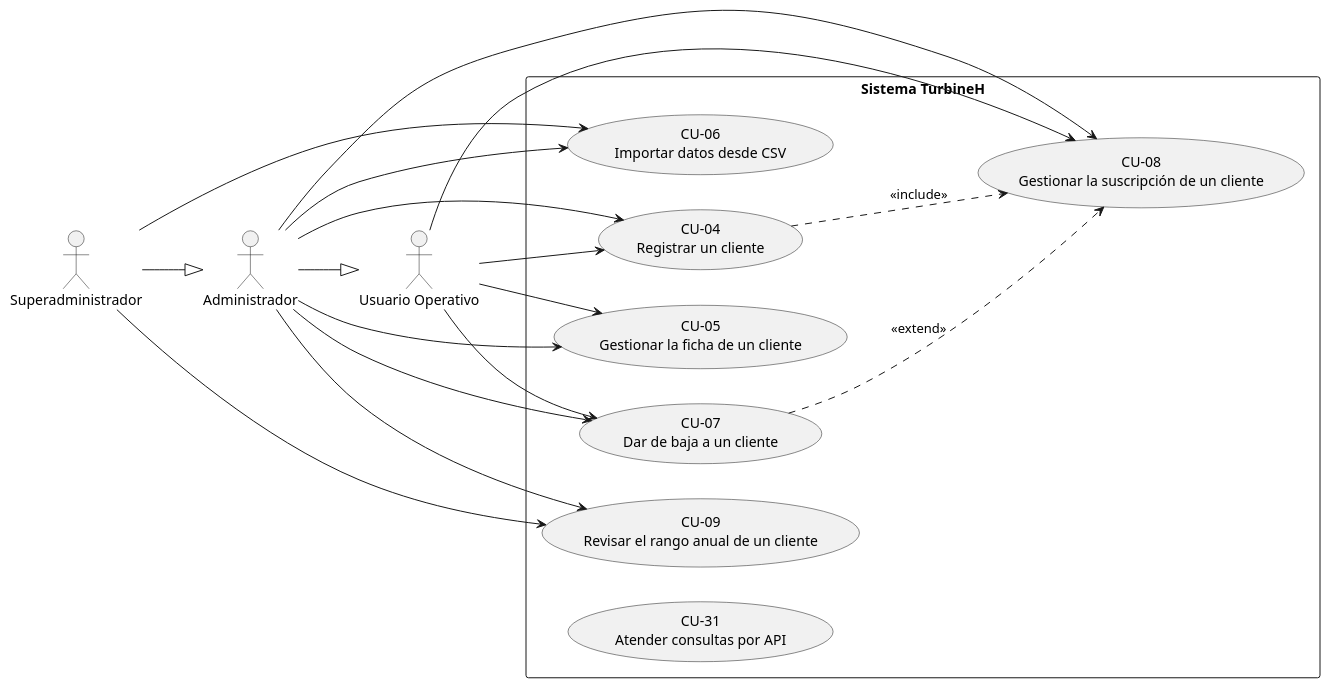
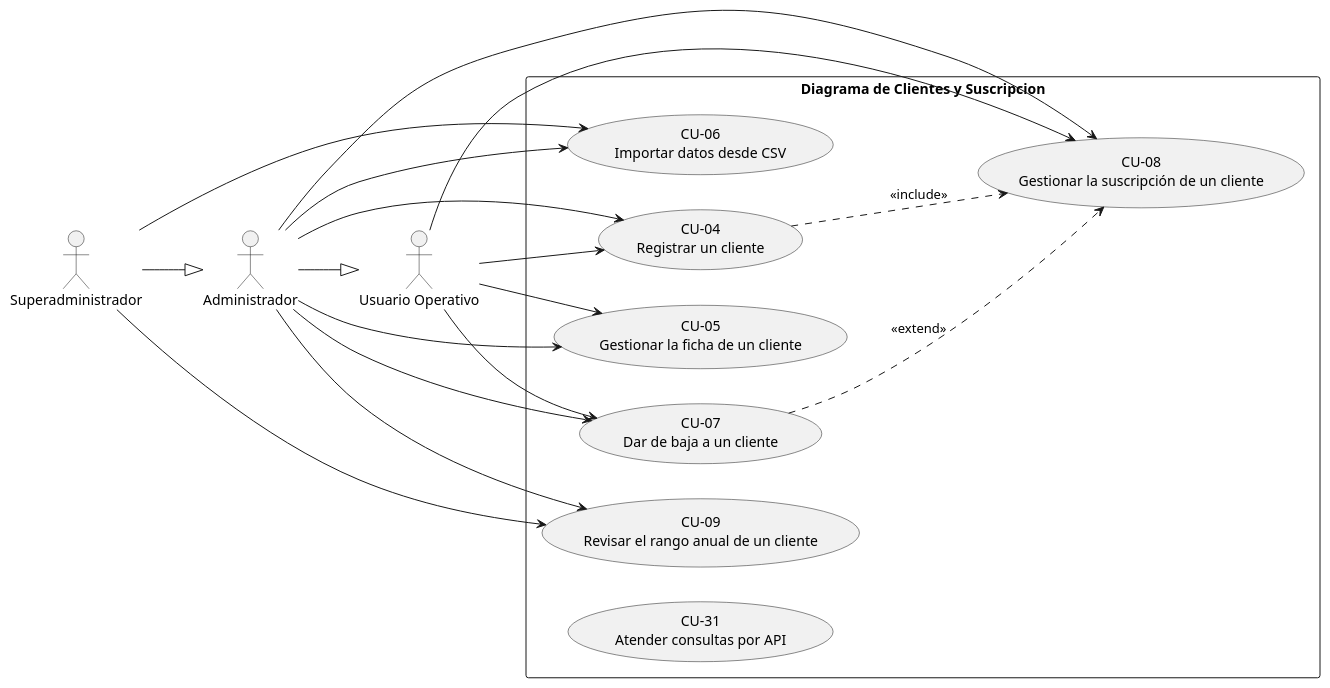
One commit to Vertossse/Elefantes changed the diagram in doc/src/Diagrama Clientes Suscripcion.puml. Above: the diagram before and after it, drawn with PlantUML. The commit also changed 8 other files, not shown here.

Commit message:
Diagrams update

```diff
--- a/doc/src/Diagrama Clientes Suscripcion.puml
+++ b/doc/src/Diagrama Clientes Suscripcion.puml
@@ -1,44 +1,44 @@
-@startuml Diagrama de clientes y suscripcion
+@startuml Diagrama de Clientes y Suscripcion
 left to right direction
 
 ' Actores
 actor "Usuario Operativo"   as UO
 actor "Administrador"       as AD
 actor "Superadministrador"  as SA
 
 ' Relaciones de herencia entre actores
 AD --|> UO
 SA --|> AD
 
-rectangle "Sistema TurbineH" {
+rectangle "Diagrama de Clientes y Suscripcion" {
     usecase "CU-04\nRegistrar un cliente"                   as CU04
     usecase "CU-05\nGestionar la ficha de un cliente"       as CU05
     usecase "CU-06\nImportar datos desde CSV"               as CU06
     usecase "CU-07\nDar de baja a un cliente"               as CU07
     usecase "CU-08\nGestionar la suscripción de un cliente" as CU08
     usecase "CU-09\nRevisar el rango anual de un cliente"   as CU09
     
     usecase "CU-31\nAtender consultas por API"              as CU31
 }
 
 ' Relaciones de los actores con los casos de uso
 UO --> CU04
 UO --> CU05
 UO --> CU07
 UO --> CU08
 
 AD --> CU04
 AD --> CU05
 AD --> CU06
 AD --> CU07
 AD --> CU08
 AD --> CU09
 
 SA --> CU06
 SA --> CU09
 
 ' Relaciones entre los casos de uso
 CU04 ..> CU08 : <<include>>
 CU07 ..> CU08 : <<extend>>
 
 @enduml
```
